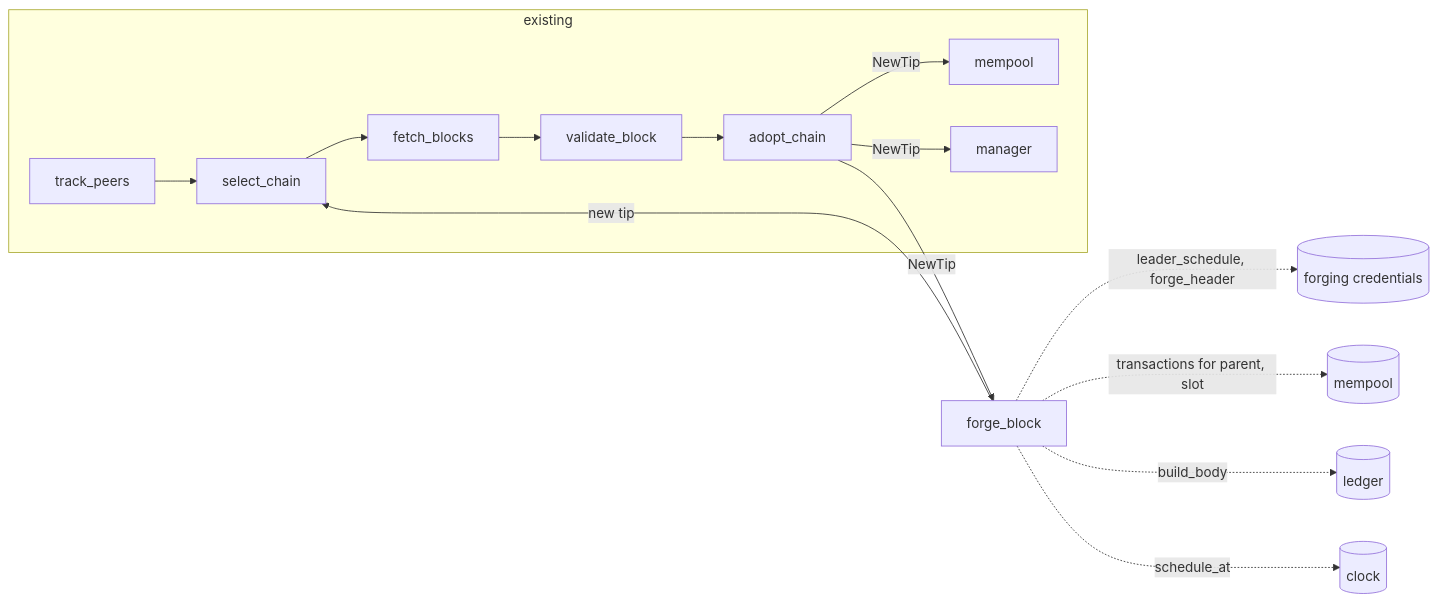
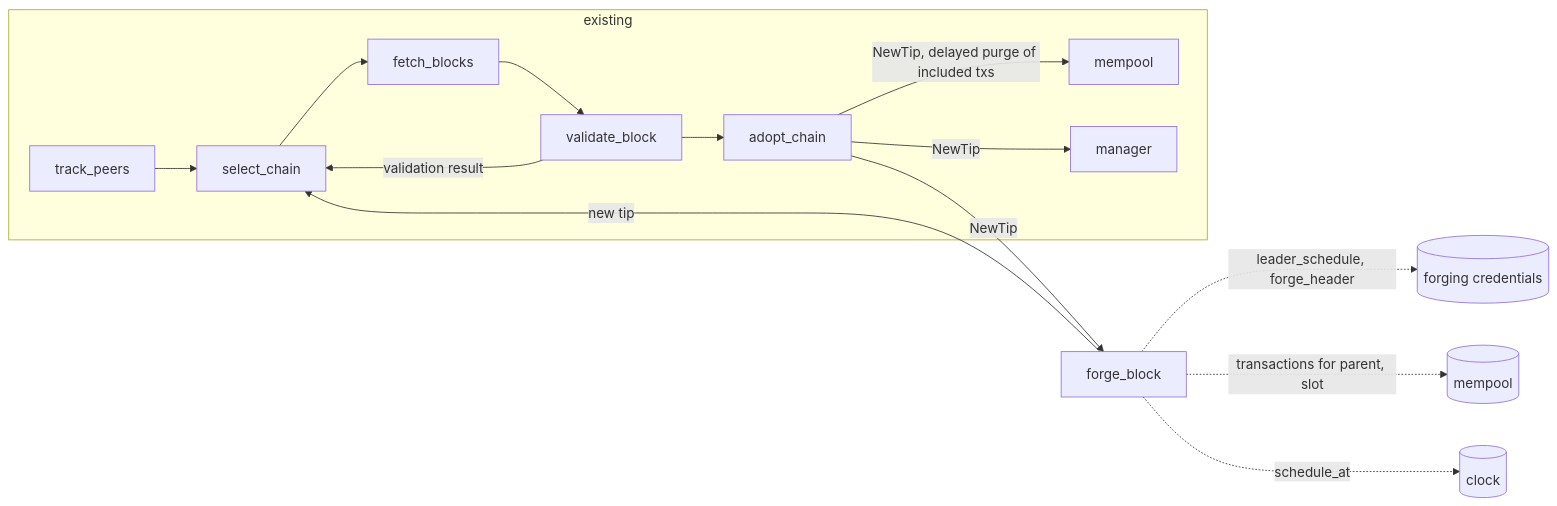
Before and after one commit to pragma-org/amaru: the diagram in engineering-decision-records/035-block-forging.md, drawn with Mermaid. The commit also changed other lines of this file, not shown here.

````diff
--- a/engineering-decision-records/035-block-forging.md
+++ b/engineering-decision-records/035-block-forging.md
@@ -66,14 +67,14 @@
 ```mermaid
 flowchart LR
     subgraph existing
         track_peers --> select_chain --> fetch_blocks --> validate_block --> adopt_chain
-        adopt_chain -->|NewTip| mempool
+        validate_block -->|validation result| select_chain
+        adopt_chain -->|NewTip, delayed purge of included txs| mempool
         adopt_chain -->|NewTip| manager
     end
     adopt_chain -->|NewTip| forge_block
     forge_block -->|new tip| select_chain
     forge_block -.->|leader_schedule, forge_header| creds[(forging credentials)]
     forge_block -.->|transactions for parent, slot| pool[(mempool)]
-    forge_block -.->|build_body| ledger[(ledger)]
     forge_block -.->|schedule_at| clock[(clock)]
 ```
````
